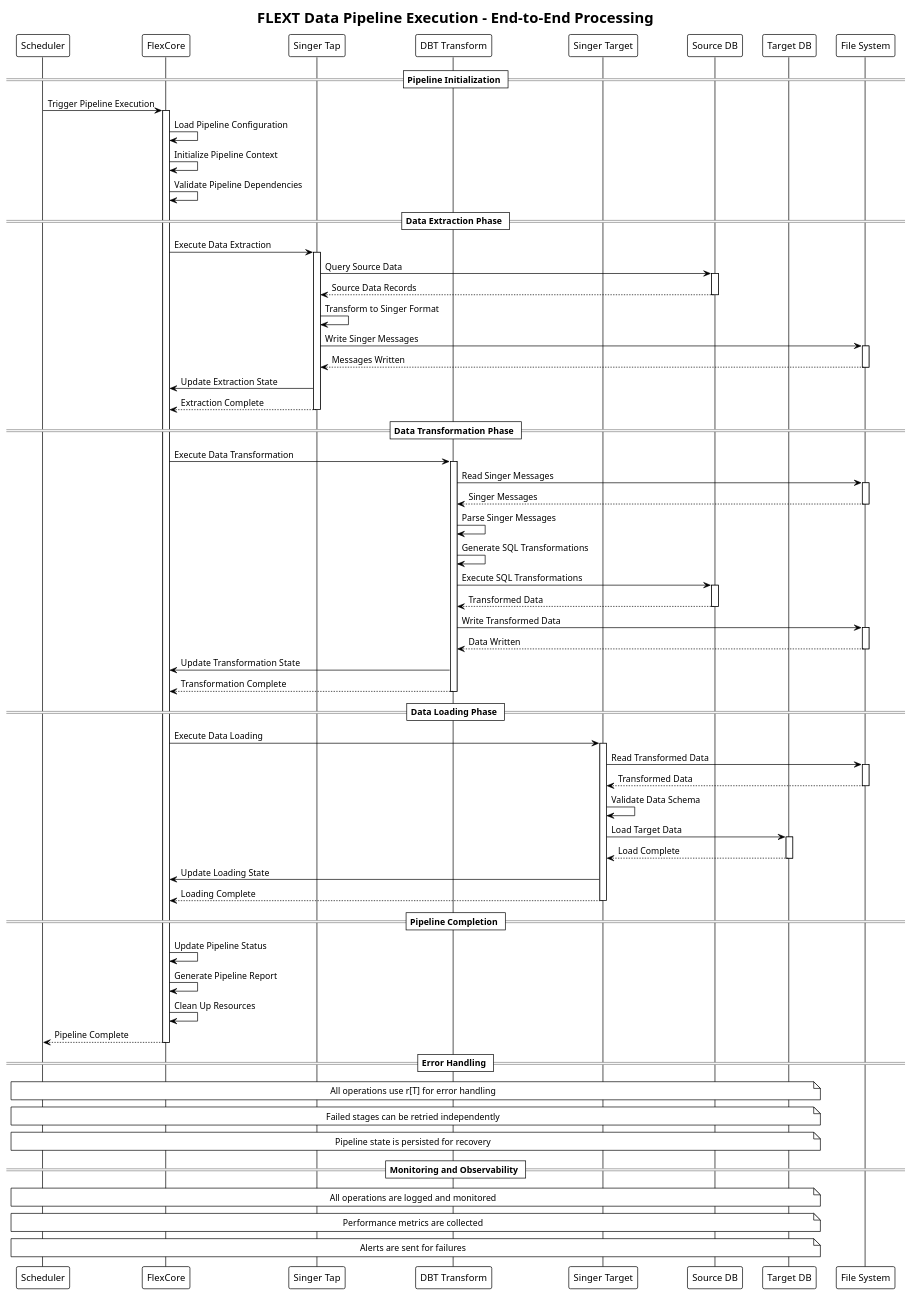
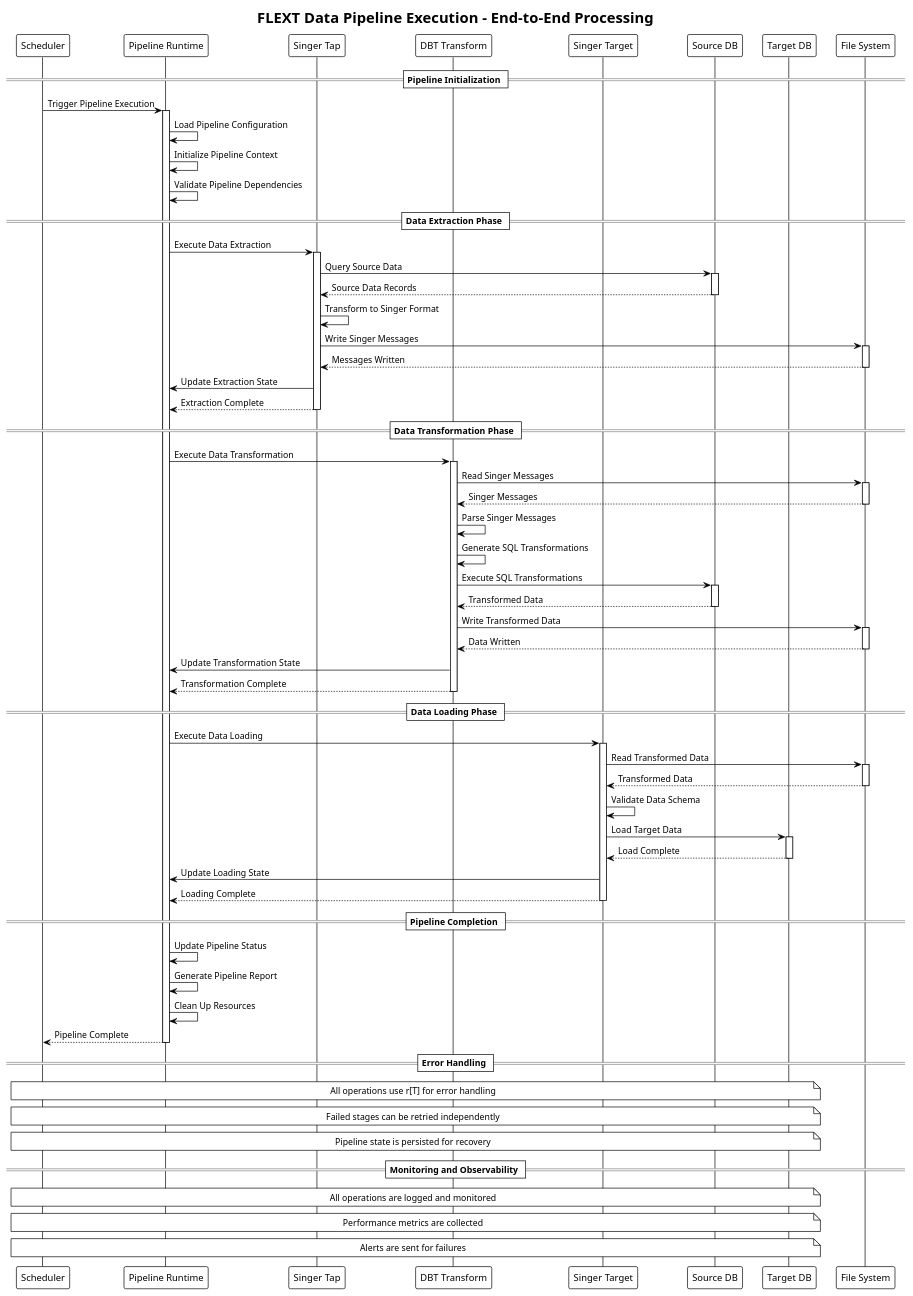
Before and after one commit to flext-sh/flext: the diagram in docs/architecture/plantuml/sequence-diagrams/data-pipeline-execution.puml, drawn with PlantUML. The commit also changed 18 other files, not shown here.

```diff
--- a/docs/architecture/plantuml/sequence-diagrams/data-pipeline-execution.puml
+++ b/docs/architecture/plantuml/sequence-diagrams/data-pipeline-execution.puml
@@ -1,103 +1,103 @@
 @startuml Data Pipeline Execution
 !theme plain
 title FLEXT Data Pipeline Execution - End-to-End Processing
 
 participant "Scheduler" as SCHED
-participant "FlexCore" as FC
+participant "Pipeline Runtime" as RUNTIME
 participant "Singer Tap" as TAP
 participant "DBT Transform" as DBT
 participant "Singer Target" as TARGET
 participant "Source DB" as SRC_DB
 participant "Target DB" as TGT_DB
 participant "File System" as FS
 
 == Pipeline Initialization ==
-SCHED -> FC: Trigger Pipeline Execution
-activate FC
+SCHED -> RUNTIME: Trigger Pipeline Execution
+activate RUNTIME
 
-FC -> FC: Load Pipeline Configuration
-FC -> FC: Initialize Pipeline Context
-FC -> FC: Validate Pipeline Dependencies
+RUNTIME -> RUNTIME: Load Pipeline Configuration
+RUNTIME -> RUNTIME: Initialize Pipeline Context
+RUNTIME -> RUNTIME: Validate Pipeline Dependencies
 
 == Data Extraction Phase ==
-FC -> TAP: Execute Data Extraction
+RUNTIME -> TAP: Execute Data Extraction
 activate TAP
 
 TAP -> SRC_DB: Query Source Data
 activate SRC_DB
 SRC_DB --> TAP: Source Data Records
 deactivate SRC_DB
 
 TAP -> TAP: Transform to Singer Format
 TAP -> FS: Write Singer Messages
 activate FS
 FS --> TAP: Messages Written
 deactivate FS
 
-TAP -> FC: Update Extraction State
-TAP --> FC: Extraction Complete
+TAP -> RUNTIME: Update Extraction State
+TAP --> RUNTIME: Extraction Complete
 deactivate TAP
 
 == Data Transformation Phase ==
-FC -> DBT: Execute Data Transformation
+RUNTIME -> DBT: Execute Data Transformation
 activate DBT
 
 DBT -> FS: Read Singer Messages
 activate FS
 FS --> DBT: Singer Messages
 deactivate FS
 
 DBT -> DBT: Parse Singer Messages
 DBT -> DBT: Generate SQL Transformations
 DBT -> SRC_DB: Execute SQL Transformations
 activate SRC_DB
 SRC_DB --> DBT: Transformed Data
 deactivate SRC_DB
 
 DBT -> FS: Write Transformed Data
 activate FS
 FS --> DBT: Data Written
 deactivate FS
 
-DBT -> FC: Update Transformation State
-DBT --> FC: Transformation Complete
+DBT -> RUNTIME: Update Transformation State
+DBT --> RUNTIME: Transformation Complete
 deactivate DBT
 
 == Data Loading Phase ==
-FC -> TARGET: Execute Data Loading
+RUNTIME -> TARGET: Execute Data Loading
 activate TARGET
 
 TARGET -> FS: Read Transformed Data
 activate FS
 FS --> TARGET: Transformed Data
 deactivate FS
 
 TARGET -> TARGET: Validate Data Schema
 TARGET -> TGT_DB: Load Target Data
 activate TGT_DB
 TGT_DB --> TARGET: Load Complete
 deactivate TGT_DB
 
-TARGET -> FC: Update Loading State
-TARGET --> FC: Loading Complete
+TARGET -> RUNTIME: Update Loading State
+TARGET --> RUNTIME: Loading Complete
 deactivate TARGET
 
 == Pipeline Completion ==
-FC -> FC: Update Pipeline Status
-FC -> FC: Generate Pipeline Report
-FC -> FC: Clean Up Resources
+RUNTIME -> RUNTIME: Update Pipeline Status
+RUNTIME -> RUNTIME: Generate Pipeline Report
+RUNTIME -> RUNTIME: Clean Up Resources
 
-FC --> SCHED: Pipeline Complete
-deactivate FC
+RUNTIME --> SCHED: Pipeline Complete
+deactivate RUNTIME
 
 == Error Handling ==
 note over SCHED, TGT_DB: All operations use r[T] for error handling
 note over SCHED, TGT_DB: Failed stages can be retried independently
 note over SCHED, TGT_DB: Pipeline state is persisted for recovery
 
 == Monitoring and Observability ==
 note over SCHED, TGT_DB: All operations are logged and monitored
 note over SCHED, TGT_DB: Performance metrics are collected
 note over SCHED, TGT_DB: Alerts are sent for failures
 
 @enduml
```
